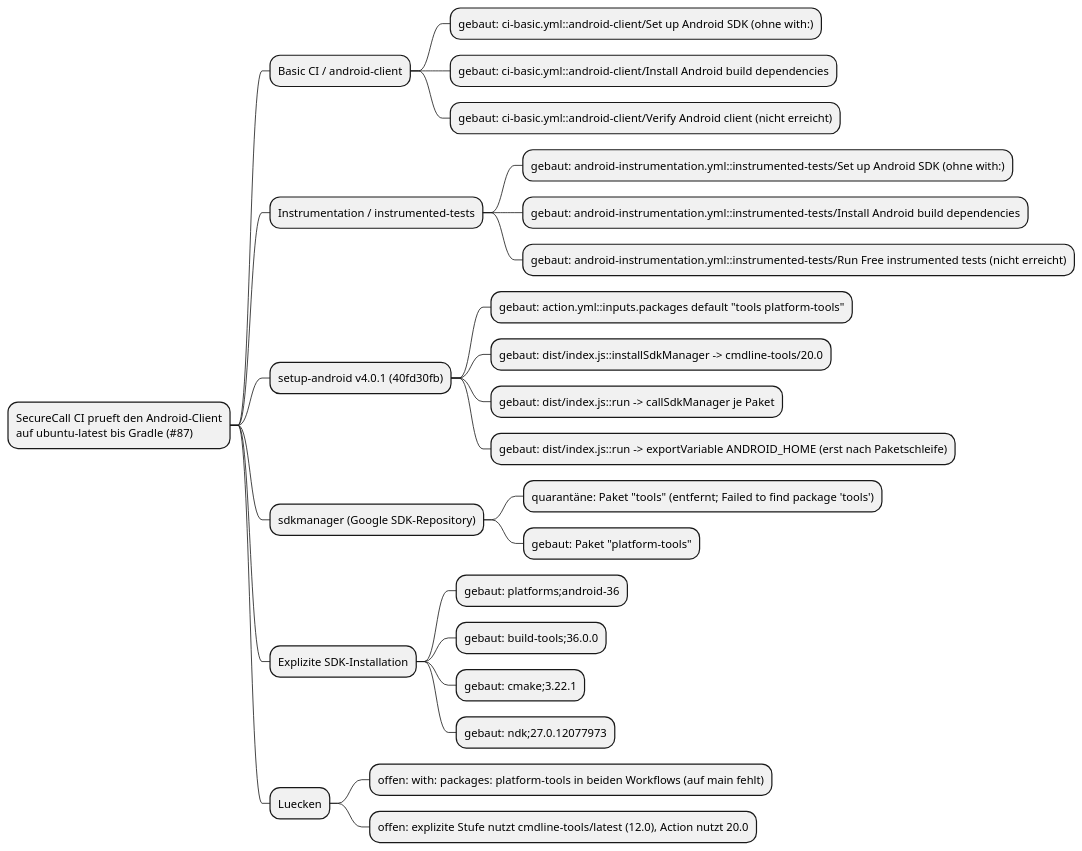
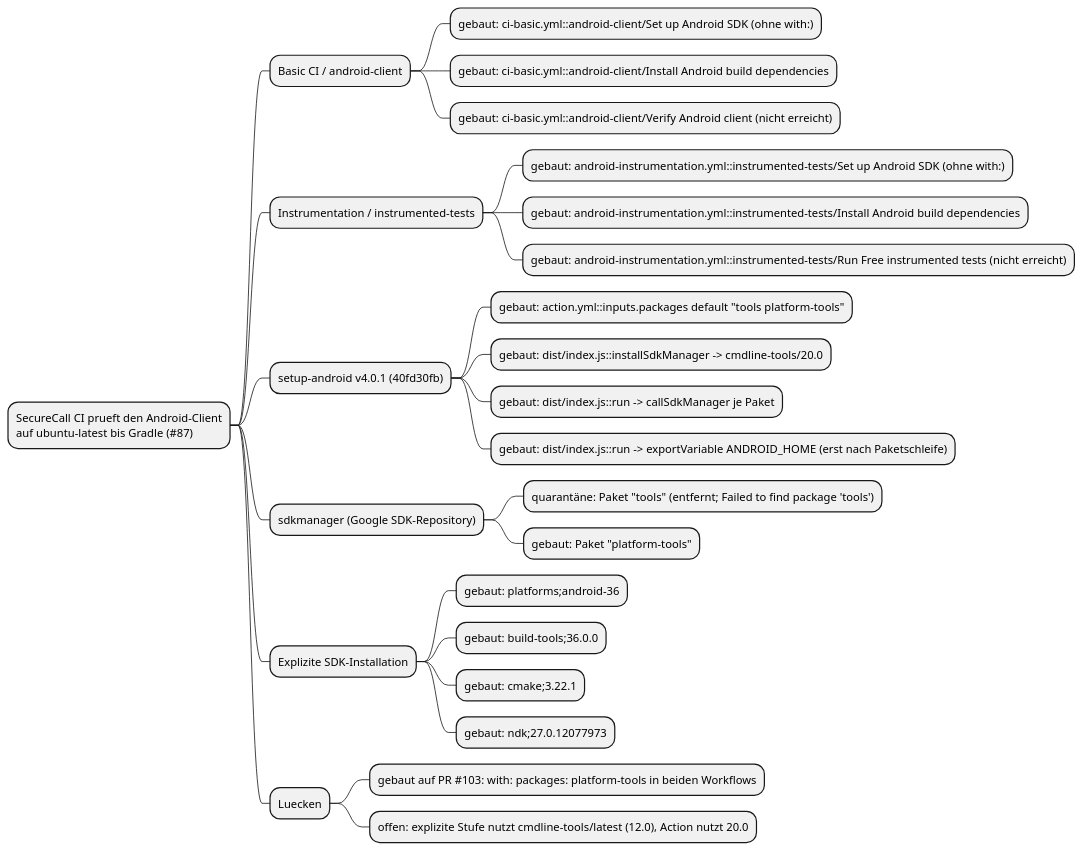
One commit to NeaBouli/stealth changed the first of 2 diagrams in docs/architecture/map.puml. Above: the diagram before and after it, drawn with PlantUML. The commit also changed other lines of this file and 3 other files, not shown here.

```diff
--- a/docs/architecture/map.puml
+++ b/docs/architecture/map.puml
@@ -5,27 +5,27 @@
 @startmindmap
 * SecureCall CI prueft den Android-Client\nauf ubuntu-latest bis Gradle (#87)
 ** Basic CI / android-client
 *** gebaut: ci-basic.yml::android-client/Set up Android SDK (ohne with:)
 *** gebaut: ci-basic.yml::android-client/Install Android build dependencies
 *** gebaut: ci-basic.yml::android-client/Verify Android client (nicht erreicht)
 ** Instrumentation / instrumented-tests
 *** gebaut: android-instrumentation.yml::instrumented-tests/Set up Android SDK (ohne with:)
 *** gebaut: android-instrumentation.yml::instrumented-tests/Install Android build dependencies
 *** gebaut: android-instrumentation.yml::instrumented-tests/Run Free instrumented tests (nicht erreicht)
 ** setup-android v4.0.1 (40fd30fb)
 *** gebaut: action.yml::inputs.packages default "tools platform-tools"
 *** gebaut: dist/index.js::installSdkManager -> cmdline-tools/20.0
 *** gebaut: dist/index.js::run -> callSdkManager je Paket
 *** gebaut: dist/index.js::run -> exportVariable ANDROID_HOME (erst nach Paketschleife)
 ** sdkmanager (Google SDK-Repository)
 *** quarantäne: Paket "tools" (entfernt; Failed to find package 'tools')
 *** gebaut: Paket "platform-tools"
 ** Explizite SDK-Installation
 *** gebaut: platforms;android-36
 *** gebaut: build-tools;36.0.0
 *** gebaut: cmake;3.22.1
 *** gebaut: ndk;27.0.12077973
 ** Luecken
-*** offen: with: packages: platform-tools in beiden Workflows (auf main fehlt)
+*** gebaut auf PR #103: with: packages: platform-tools in beiden Workflows
 *** offen: explizite Stufe nutzt cmdline-tools/latest (12.0), Action nutzt 20.0
 @endmindmap
```
